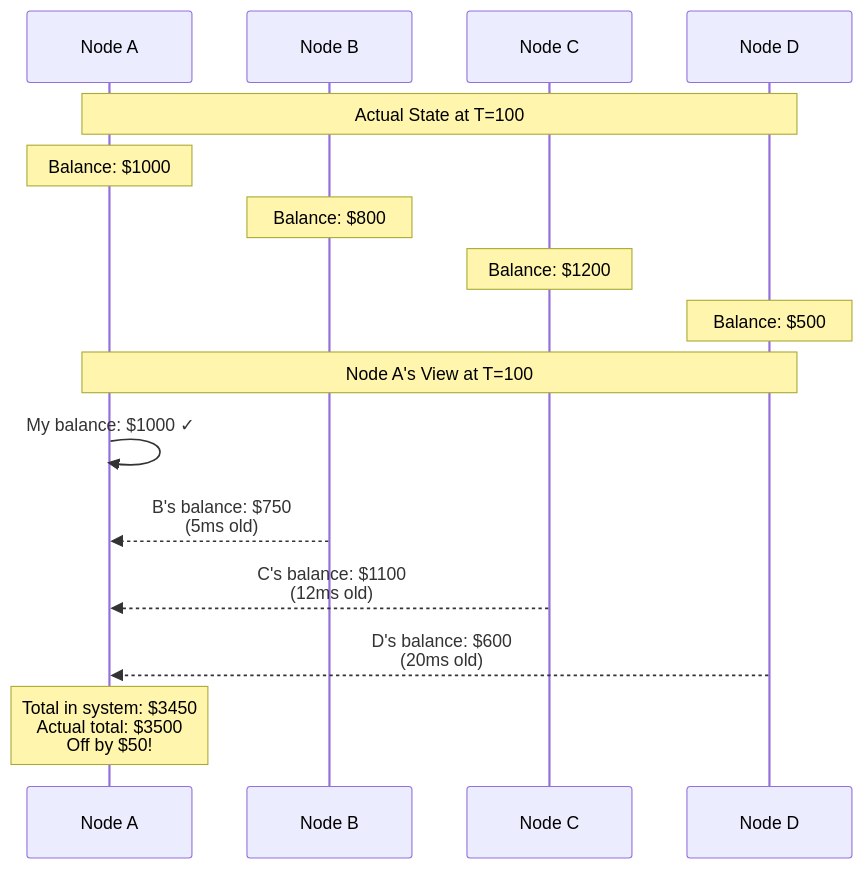
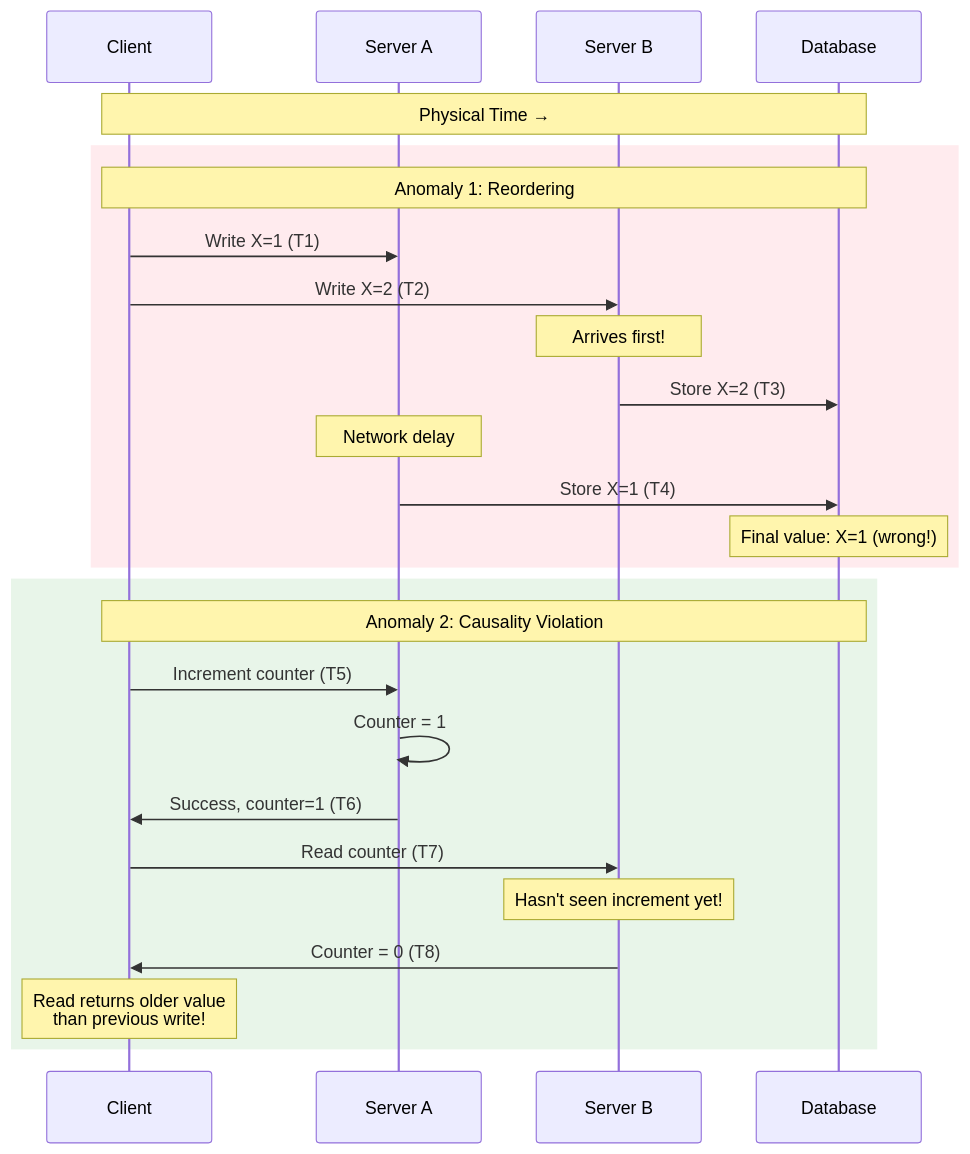
The fourth of 7 diagrams in docs/part1-axioms/law2-asynchrony/index.md (deepaucksharma/DStudio), drawn with Mermaid before and after one commit. The commit also changed other lines of this file and 43 other files, not shown here.

````diff
--- a/docs/part1-axioms/law2-asynchrony/index.md
+++ b/docs/part1-axioms/law2-asynchrony/index.md
@@ -329,21 +260,31 @@
 ```mermaid
 sequenceDiagram
-    participant A as Node A
-    participant B as Node B
-    participant C as Node C
-    participant D as Node D
+    participant C as Client
+    participant A as Server A
+    participant B as Server B
+    participant D as Database
     
-    Note over A,D: Actual State at T=100
-    Note over A: Balance: $1000
-    Note over B: Balance: $800
-    Note over C: Balance: $1200
-    Note over D: Balance: $500
+    Note over C,D: Physical Time →
     
-    Note over A,D: Node A's View at T=100
-    A->>A: My balance: $1000 ✓
-    B-->>A: B's balance: $750<br/>(5ms old)
-    C-->>A: C's balance: $1100<br/>(12ms old)
-    D-->>A: D's balance: $600<br/>(20ms old)
+    rect rgb(255, 235, 238)
+        Note over C,D: Anomaly 1: Reordering
+        C->>A: Write X=1 (T1)
+        C->>B: Write X=2 (T2)
+        Note over B: Arrives first!
+        B->>D: Store X=2 (T3)
+        Note over A: Network delay
+        A->>D: Store X=1 (T4)
+        Note over D: Final value: X=1 (wrong!)
+    end
     
-    Note over A: Total in system: $3450<br/>Actual total: $3500<br/>Off by $50!
+    rect rgb(232, 245, 233)
+        Note over C,D: Anomaly 2: Causality Violation
+        C->>A: Increment counter (T5)
+        A->>A: Counter = 1
+        A->>C: Success, counter=1 (T6)
+        C->>B: Read counter (T7)
+        Note over B: Hasn't seen increment yet!
+        B->>C: Counter = 0 (T8)
+        Note over C: Read returns older value<br/>than previous write!
+    end
 ```
````
